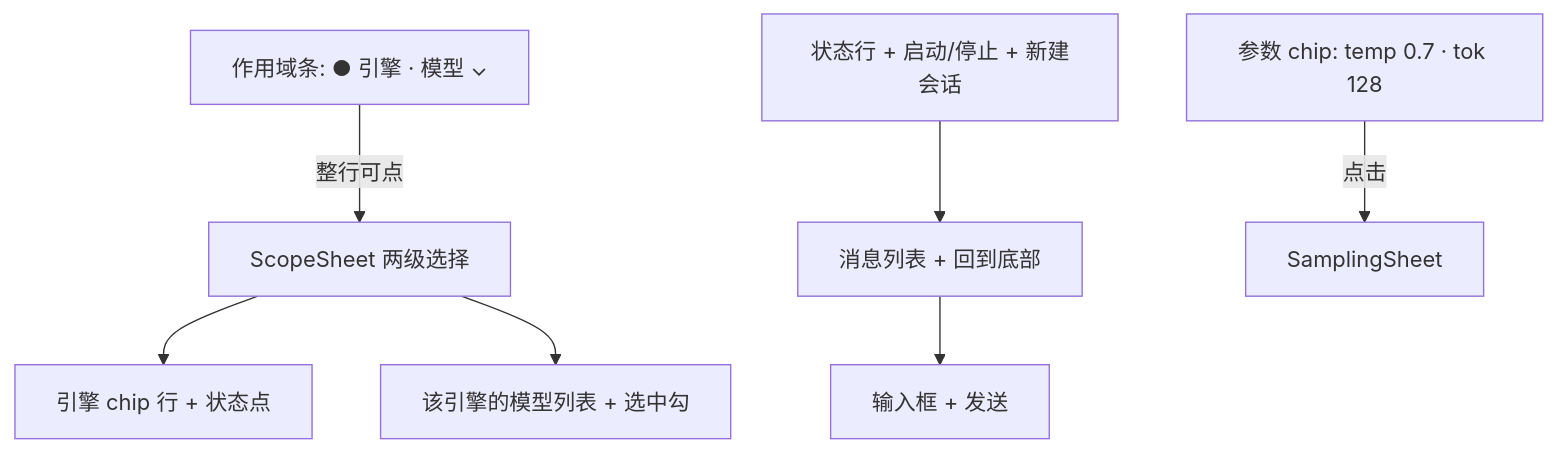
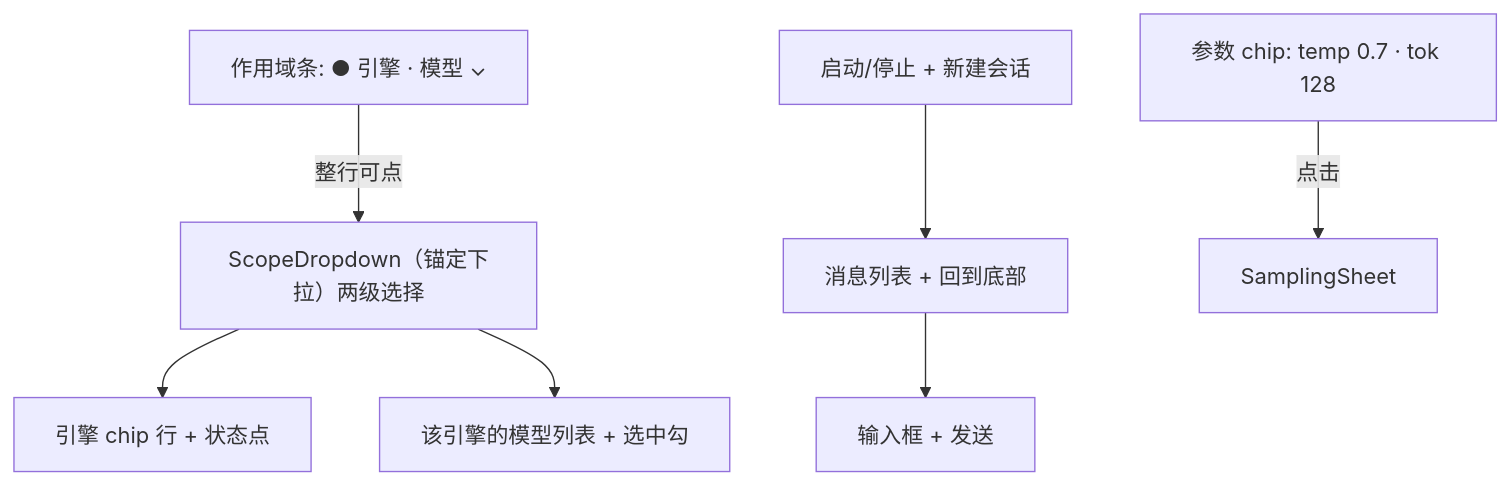
The first of 2 diagrams in UI_DESIGN.md (pisces312/droid-llm), drawn with Mermaid before and after one commit. The commit also changed other lines of this file and 1 other file, not shown here.

Commit message:
feat(chat): open scope picker under the bar; drop status line text

````diff
--- a/UI_DESIGN.md
+++ b/UI_DESIGN.md
@@ -162,9 +162,9 @@
 ```mermaid
 flowchart TD
-  A["作用域条: ● 引擎 · 模型 ⌄"] -->|整行可点| B[ScopeSheet 两级选择]
+  A["作用域条: ● 引擎 · 模型 ⌄"] -->|整行可点| B["ScopeDropdown（锚定下拉）两级选择"]
   B --> B1[引擎 chip 行 + 状态点]
   B --> B2[该引擎的模型列表 + 选中勾]
-  C[状态行 + 启动/停止 + 新建会话] --> D[消息列表 + 回到底部]
+  C["启动/停止 + 新建会话"] --> D[消息列表 + 回到底部]
   E["参数 chip: temp 0.7 · tok 128"] -->|点击| F[SamplingSheet]
   D --> G[输入框 + 发送]
 ```
````
